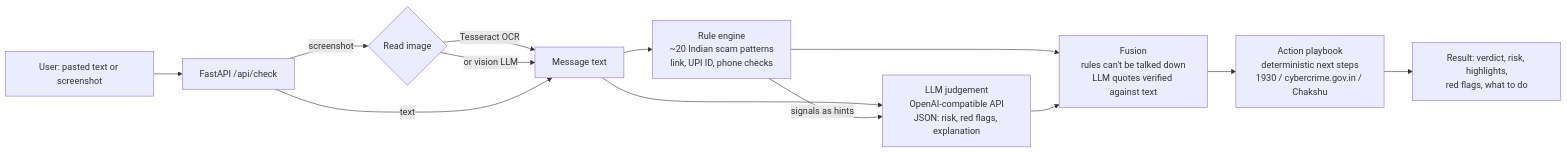
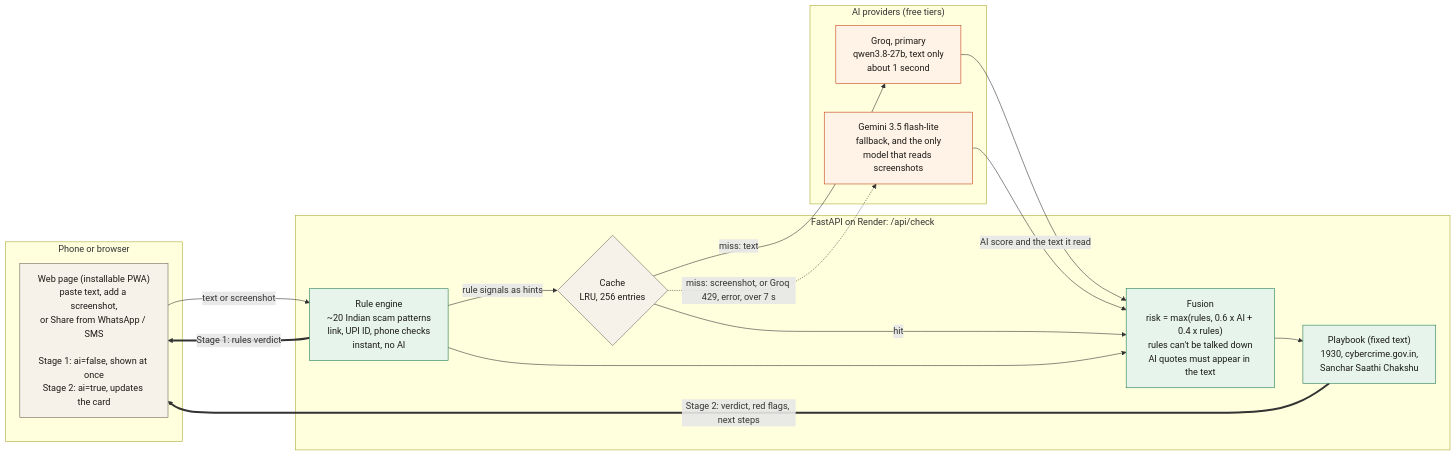
One commit to Dhwanitisshah/satark changed the diagram in README.md. Above: the diagram before and after it, drawn with Mermaid. The commit also changed 3 other files, not shown here.

First line of the commit message:
docs/architecture.png (1920x1080) and a README Mermaid diagram that matches the current design

````diff
--- a/README.md
+++ b/README.md
@@ -38,15 +38,33 @@
 ```mermaid
 flowchart LR
-    U[User: pasted text or screenshot] --> API[FastAPI /api/check]
-    API -->|screenshot| OCR{Read image}
-    OCR -->|Tesseract OCR| T[Message text]
-    OCR -->|or vision LLM| T
-    API -->|text| T
-    T --> R[Rule engine<br/>~20 Indian scam patterns<br/>link, UPI ID, phone checks]
-    T --> L[LLM judgement<br/>OpenAI-compatible API<br/>JSON: risk, red flags, explanation]
-    R -- signals as hints --> L
-    R --> F[Fusion<br/>rules can't be talked down<br/>LLM quotes verified against text]
-    L --> F
-    F --> A[Action playbook<br/>deterministic next steps<br/>1930 / cybercrime.gov.in / Chakshu]
-    A --> UI[Result: verdict, risk, highlights,<br/>red flags, what to do]
+    subgraph Phone["Phone or browser"]
+        UI["Web page (installable PWA)<br/>paste text, add a screenshot,<br/>or Share from WhatsApp / SMS<br/><br/>Stage 1: ai=false, shown at once<br/>Stage 2: ai=true, updates the card"]
+    end
+    subgraph Server["FastAPI on Render: /api/check"]
+        R["Rule engine<br/>~20 Indian scam patterns<br/>link, UPI ID, phone checks<br/>instant, no AI"]
+        C{"Cache<br/>LRU, 256 entries"}
+        F["Fusion<br/>risk = max(rules, 0.6 x AI + 0.4 x rules)<br/>rules can't be talked down<br/>AI quotes must appear in the text"]
+        A["Playbook (fixed text)<br/>1930, cybercrime.gov.in,<br/>Sanchar Saathi Chakshu"]
+    end
+    subgraph AI["AI providers (free tiers)"]
+        G["Groq, primary<br/>qwen3.8-27b, text only<br/>about 1 second"]
+        M["Gemini 3.5 flash-lite<br/>fallback, and the only<br/>model that reads screenshots"]
+    end
+    UI -->|"text or screenshot"| R
+    R ==>|"Stage 1: rules verdict"| UI
+    R -->|"rule signals as hints"| C
+    C -->|"miss: text"| G
+    C -.->|"miss: screenshot, or Groq 429, error, over 7 s"| M
+    C -->|"hit"| F
+    G --> F
+    M -->|"AI score and the text it read"| F
+    R --> F
+    F --> A
+    A ==>|"Stage 2: verdict, red flags, next steps"| UI
+    classDef det fill:#e6f4ec,stroke:#1f7a4d,color:#1d1b16
+    classDef ai fill:#fff3e8,stroke:#c2410c,color:#1d1b16
+    classDef ui fill:#f6f2ea,stroke:#6b6558,color:#1d1b16
+    class R,F,A det
+    class G,M ai
+    class UI,C ui
 ```
````
